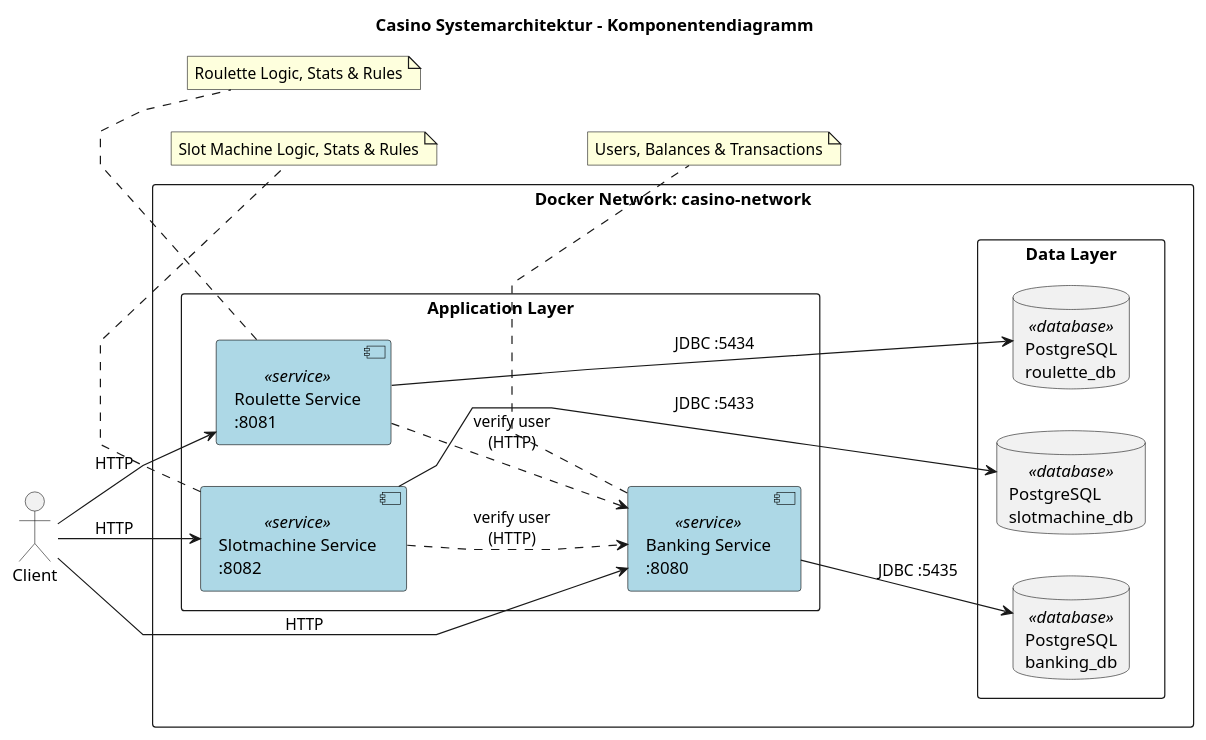
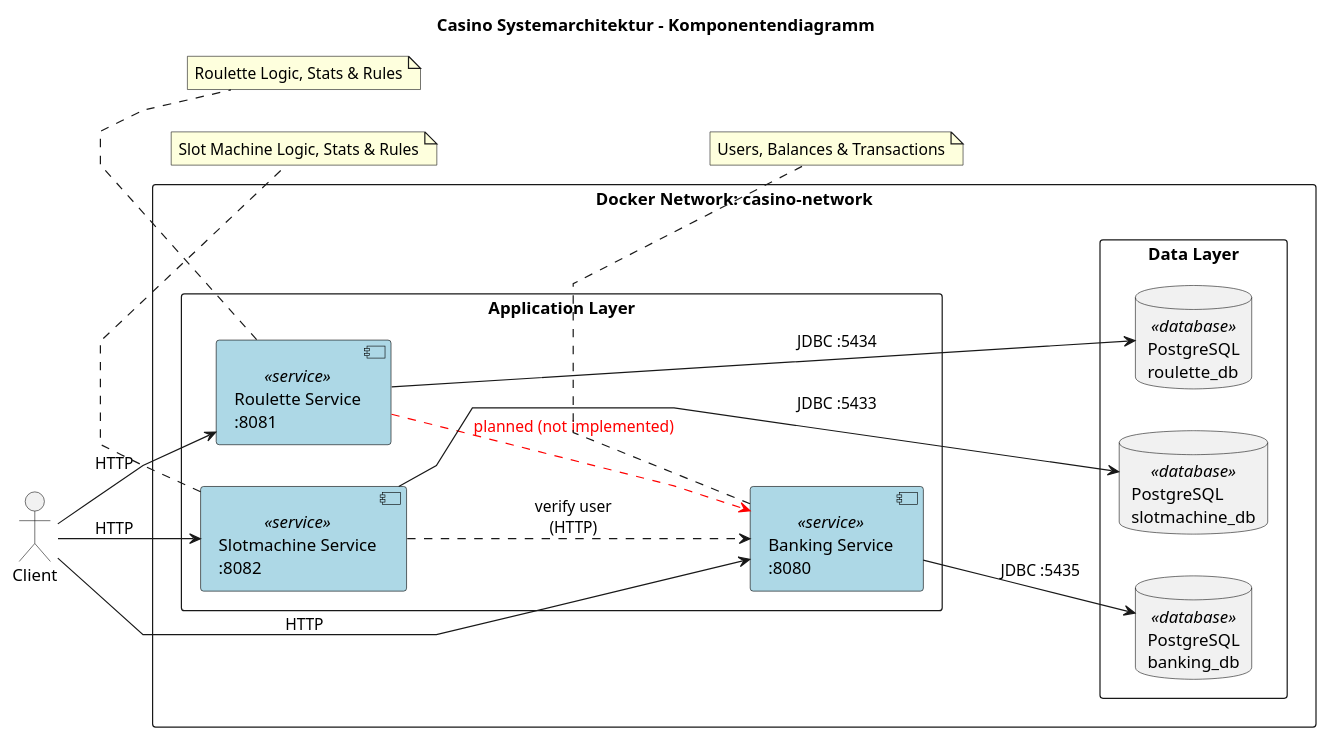
One commit to McRicecorn/Casino changed the diagram in diagrams/gesamtsystem.puml. Above: the diagram before and after it, drawn with PlantUML. The commit also changed 3 other files, not shown here.

Commit message:
roulette service plantUML

```diff
--- a/diagrams/gesamtsystem.puml
+++ b/diagrams/gesamtsystem.puml
@@ -1,54 +1,54 @@
 @startuml Casino Systemüberblick
 
 ' Layout-Optimierung
 left to right direction
 skinparam packageStyle rectangle
 skinparam linetype polyline
 
 skinparam component {
     BackgroundColor<<service>> LightBlue
     BackgroundColor<<database>> LightGreen
     BorderColor Black
 }
 
 title Casino Systemarchitektur - Komponentendiagramm
 
 actor "Client" as client
 
 package "Docker Network: casino-network" {
 
     ' Die Services
     package "Application Layer" {
         component [Banking Service\n:8080] as banking <<service>>
         component [Roulette Service\n:8081] as roulette <<service>>
         component [Slotmachine Service\n:8082] as slots <<service>>
     }
 
     ' Die Datenbanken
     package "Data Layer" {
         database "PostgreSQL\nbanking_db" as banking_db <<database>>
         database "PostgreSQL\nroulette_db" as roulette_db <<database>>
         database "PostgreSQL\nslotmachine_db" as slots_db <<database>>
     }
 
     ' Client-Zugriffe
     client --> banking : HTTP
     client --> roulette : HTTP
     client --> slots : HTTP
 
     ' Interne Kommunikation
-    roulette ..> banking : verify user\n(HTTP)
+    roulette ..[#red]> banking : <color:red>planned (not implemented)</color>
     slots ..> banking : verify user\n(HTTP)
 
     ' DB-Verbindungen
     banking --> banking_db : JDBC :5435
     roulette --> roulette_db : JDBC :5434
     slots --> slots_db : JDBC :5433
 }
 
 
 note bottom of banking : Users, Balances & Transactions
 note bottom of roulette : Roulette Logic, Stats & Rules
 note bottom of slots : Slot Machine Logic, Stats & Rules
 
 @enduml
```
